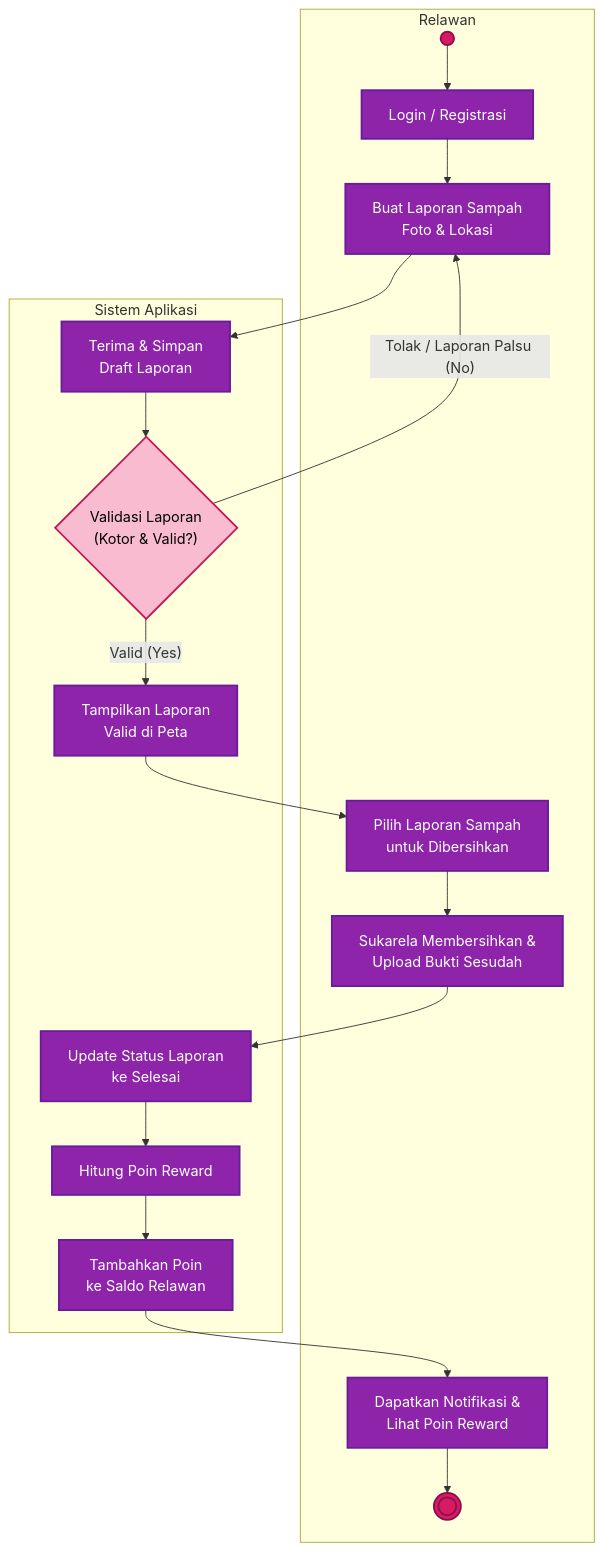
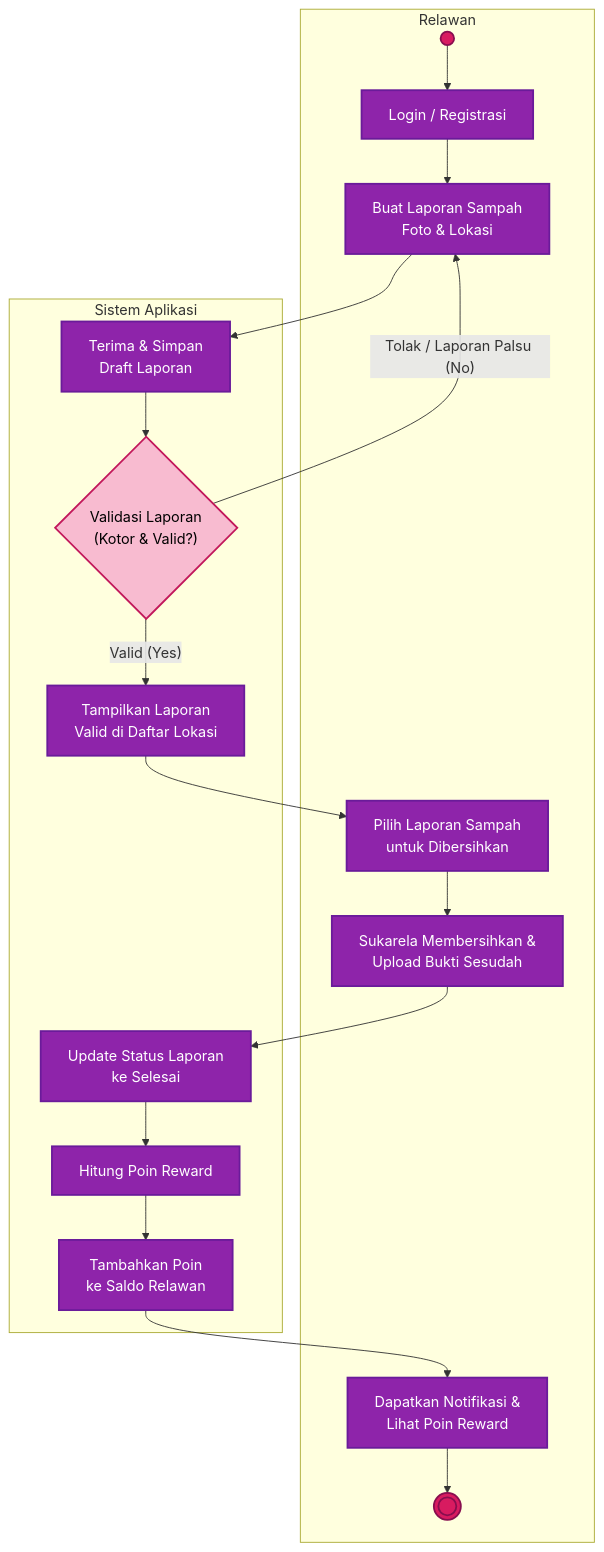
The first of 11 diagrams in docs/M5/K03_G02_SKPL.md (star-scripter/IF2150-RPL-K03-G02), drawn with Mermaid before and after one commit. The commit also changed other lines of this file and 6 other files, not shown here.

````diff
--- a/docs/M5/K03_G02_SKPL.md
+++ b/docs/M5/K03_G02_SKPL.md
@@ -104,41 +104,41 @@
 ```mermaid
 graph TD
     classDef startend fill:#D81B60,stroke:#880E4F,stroke-width:2px,color:transparent;
     classDef action fill:#8E24AA,stroke:#6A1B9A,stroke-width:2px,color:white;
     classDef decision fill:#F8BBD0,stroke:#C2185B,stroke-width:2px,color:black;
 
     subgraph Relawan
         Start(( )):::startend
         R_login[Login / Registrasi]:::action
         R_laporan[Buat Laporan Sampah <br> Foto & Lokasi]:::action
         R_pilih[Pilih Laporan Sampah <br> untuk Dibersihkan]:::action
         R_pembersihan[Sukarela Membersihkan & <br> Upload Bukti Sesudah]:::action
         R_poin[Dapatkan Notifikasi & <br> Lihat Poin Reward]:::action
         End_Relawan((( ))):::startend
     end
 
     subgraph "Sistem Aplikasi"
         S_simpan[Terima & Simpan <br> Draft Laporan]:::action
         S_validasi{"Validasi Laporan <br> (Kotor & Valid?)"}:::decision
-        S_publish[Tampilkan Laporan <br> Valid di Peta]:::action
+        S_publish[Tampilkan Laporan <br> Valid di Daftar Lokasi]:::action
         S_confirm[Update Status Laporan <br> ke Selesai]:::action
         S_hitung[Hitung Poin Reward]:::action
         S_tambah_poin[Tambahkan Poin <br> ke Saldo Relawan]:::action
     end
 
     Start --> R_login
     R_login --> R_laporan
     R_laporan --> S_simpan
     S_simpan --> S_validasi
     
     S_validasi --->|"Tolak / Laporan Palsu (No)"| R_laporan
     S_validasi -->|"Valid (Yes)"| S_publish
     
     S_publish --> R_pilih
     R_pilih --> R_pembersihan
     R_pembersihan --> S_confirm
     S_confirm --> S_hitung
     S_hitung --> S_tambah_poin
     S_tambah_poin --> R_poin
     R_poin --> End_Relawan
 ```
````
